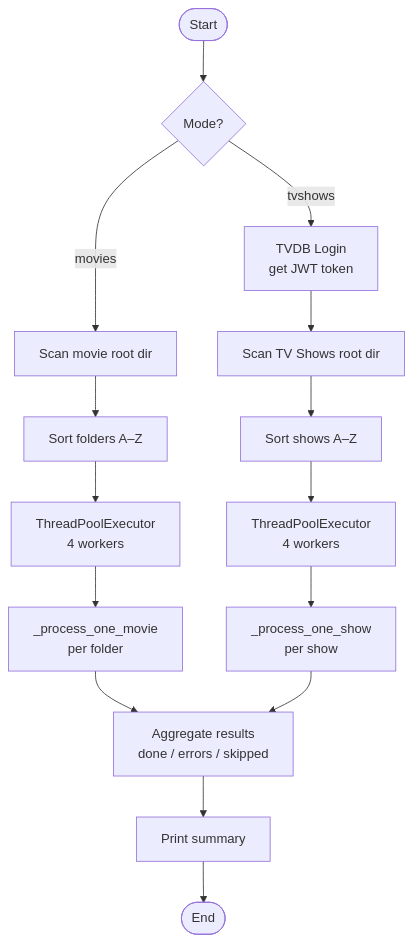
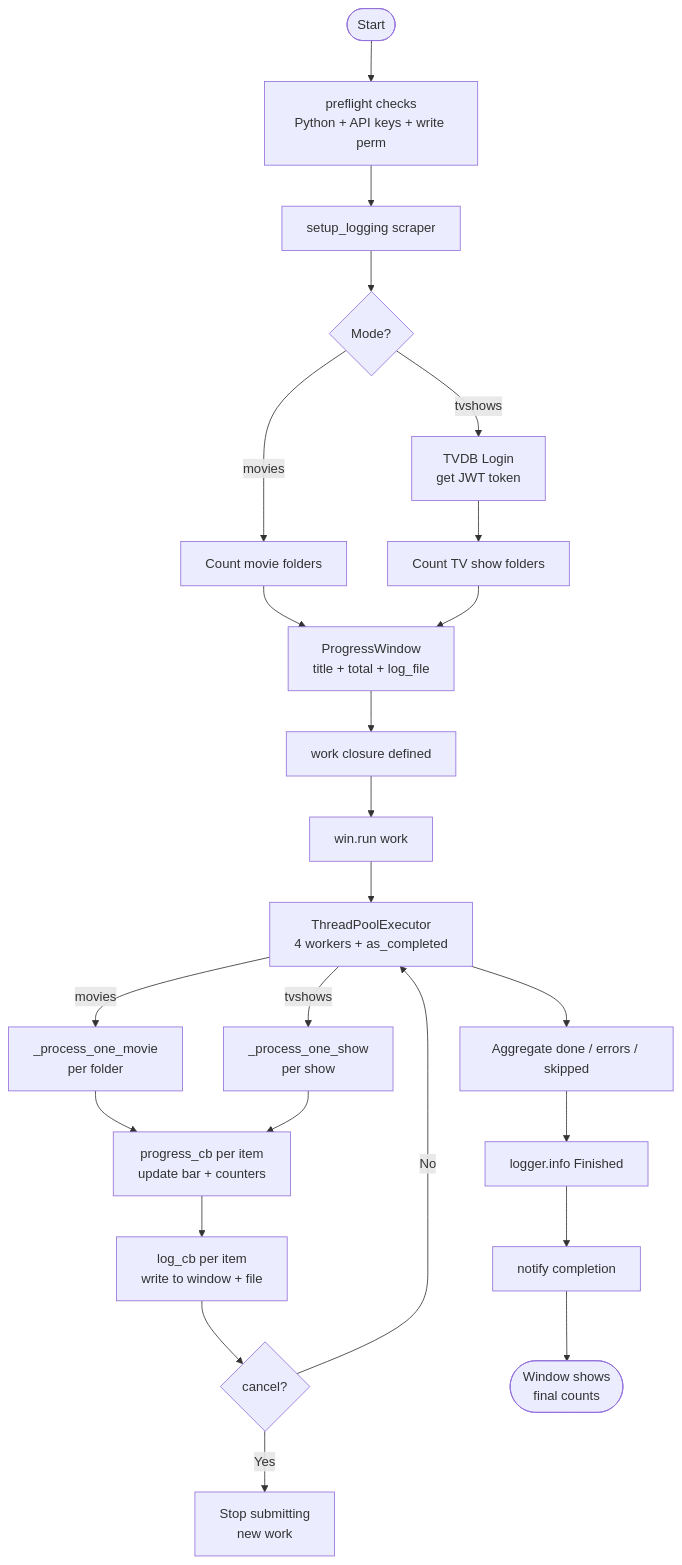
The sixth of 17 diagrams in docs/diagrams.md (roto31/Plex-NFO-creator-and-Poster-Art-creator), drawn with Mermaid before and after one commit. The commit also changed other lines of this file and 14 other files, not shown here.

````diff
--- a/docs/diagrams.md
+++ b/docs/diagrams.md
@@ -30,22 +146,30 @@
 ```mermaid
 flowchart TD
-    A([Start]) --> B{Mode?}
-    B -- movies --> C[Scan movie root dir]
-    B -- tvshows --> D[TVDB Login\nget JWT token]
-    D --> E[Scan TV Shows root dir]
+    A([Start]) --> B[preflight checks\nPython + API keys + write perm]
+    B --> C[setup_logging scraper]
+    C --> D{Mode?}
+    D -- movies --> E[Count movie folders]
+    D -- tvshows --> F[TVDB Login\nget JWT token]
+    F --> G[Count TV show folders]
 
-    C --> F[Sort folders A–Z]
-    E --> G[Sort shows A–Z]
+    E --> H[ProgressWindow\ntitle + total + log_file]
+    G --> H
 
-    F --> H[ThreadPoolExecutor\n4 workers]
-    G --> I[ThreadPoolExecutor\n4 workers]
+    H --> I[work closure defined]
+    I --> J[win.run work]
 
-    H --> J[_process_one_movie\nper folder]
-    I --> K[_process_one_show\nper show]
+    J --> K[ThreadPoolExecutor\n4 workers + as_completed]
+    K -- movies --> L[_process_one_movie\nper folder]
+    K -- tvshows --> M[_process_one_show\nper show]
 
-    J --> L[Aggregate results\ndone / errors / skipped]
-    K --> L
+    L & M --> N[progress_cb per item\nupdate bar + counters]
+    N --> O[log_cb per item\nwrite to window + file]
+    O --> P{cancel?}
+    P -- Yes --> Q[Stop submitting\nnew work]
+    P -- No --> K
 
-    L --> M[Print summary]
-    M --> N([End])
+    K --> R[Aggregate done / errors / skipped]
+    R --> S[logger.info Finished]
+    S --> T[notify completion]
+    T --> U([Window shows\nfinal counts])
 ```
````
